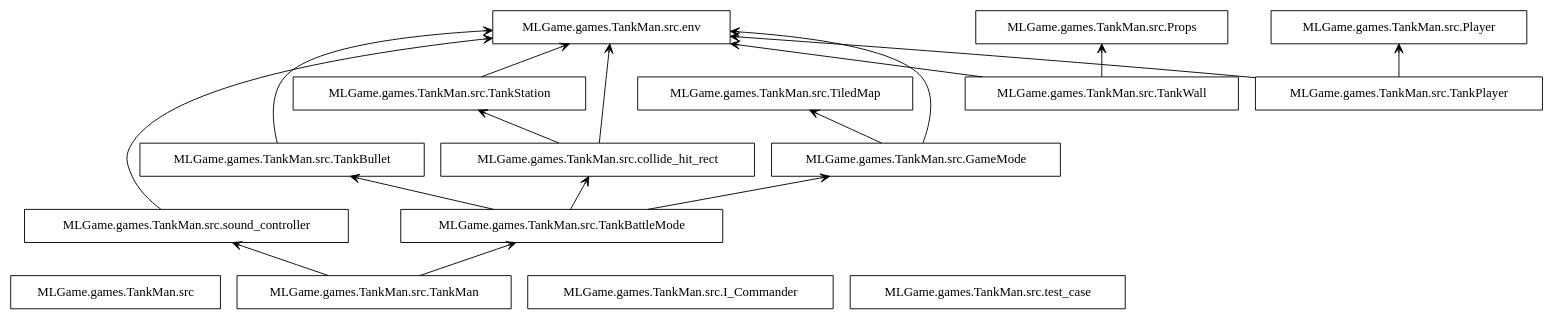
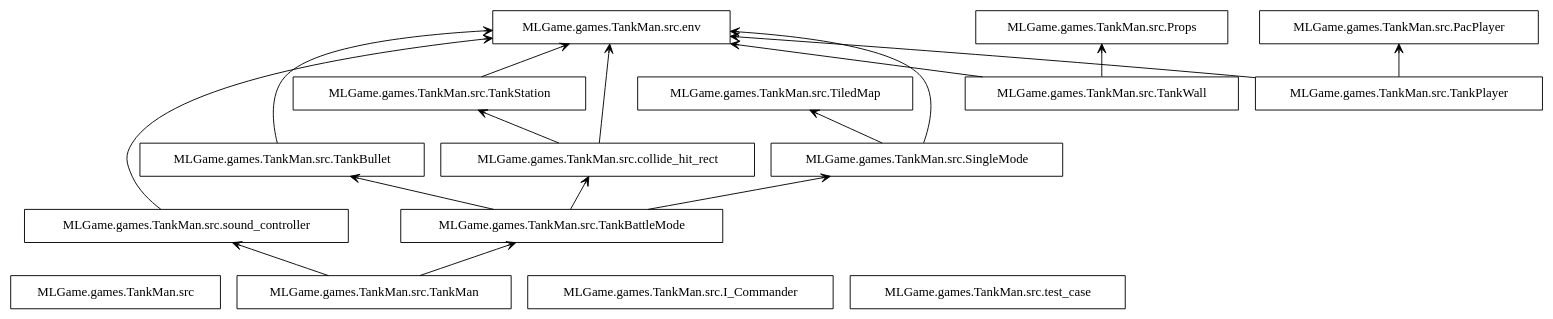
Before and after one commit to Jesse-Jumbo/TankMan: the diagram in packages.dot, drawn with Graphviz. The commit also changed 5 other files, not shown here.

```diff
--- a/packages.dot
+++ b/packages.dot
@@ -1,36 +1,36 @@
 digraph "packages" {
 rankdir=BT
 charset="utf-8"
 "MLGame.games.TankMan.src" [color="black", label="MLGame.games.TankMan.src", shape="box", style="solid"];
 "MLGame.games.TankMan.src.TankBattleMode" [color="black", label="MLGame.games.TankMan.src.TankBattleMode", shape="box", style="solid"];
 "MLGame.games.TankMan.src.TankBullet" [color="black", label="MLGame.games.TankMan.src.TankBullet", shape="box", style="solid"];
-"MLGame.games.TankMan.src.GameMode" [color="black", label="MLGame.games.TankMan.src.GameMode", shape="box", style="solid"];
+"MLGame.games.TankMan.src.SingleMode" [color="black", label="MLGame.games.TankMan.src.SingleMode", shape="box", style="solid"];
 "MLGame.games.TankMan.src.I_Commander" [color="black", label="MLGame.games.TankMan.src.I_Commander", shape="box", style="solid"];
 "MLGame.games.TankMan.src.TankWall" [color="black", label="MLGame.games.TankMan.src.TankWall", shape="box", style="solid"];
-"MLGame.games.TankMan.src.Player" [color="black", label="MLGame.games.TankMan.src.Player", shape="box", style="solid"];
+"MLGame.games.TankMan.src.PacPlayer" [color="black", label="MLGame.games.TankMan.src.PacPlayer", shape="box", style="solid"];
 "MLGame.games.TankMan.src.Props" [color="black", label="MLGame.games.TankMan.src.Props", shape="box", style="solid"];
 "MLGame.games.TankMan.src.TankStation" [color="black", label="MLGame.games.TankMan.src.TankStation", shape="box", style="solid"];
 "MLGame.games.TankMan.src.TankMan" [color="black", label="MLGame.games.TankMan.src.TankMan", shape="box", style="solid"];
 "MLGame.games.TankMan.src.TiledMap" [color="black", label="MLGame.games.TankMan.src.TiledMap", shape="box", style="solid"];
 "MLGame.games.TankMan.src.TankPlayer" [color="black", label="MLGame.games.TankMan.src.TankPlayer", shape="box", style="solid"];
 "MLGame.games.TankMan.src.collide_hit_rect" [color="black", label="MLGame.games.TankMan.src.collide_hit_rect", shape="box", style="solid"];
 "MLGame.games.TankMan.src.env" [color="black", label="MLGame.games.TankMan.src.env", shape="box", style="solid"];
 "MLGame.games.TankMan.src.sound_controller" [color="black", label="MLGame.games.TankMan.src.sound_controller", shape="box", style="solid"];
 "MLGame.games.TankMan.src.test_case" [color="black", label="MLGame.games.TankMan.src.test_case", shape="box", style="solid"];
 "MLGame.games.TankMan.src.TankBattleMode" -> "MLGame.games.TankMan.src.TankBullet" [arrowhead="open", arrowtail="none"];
-"MLGame.games.TankMan.src.TankBattleMode" -> "MLGame.games.TankMan.src.GameMode" [arrowhead="open", arrowtail="none"];
+"MLGame.games.TankMan.src.TankBattleMode" -> "MLGame.games.TankMan.src.SingleMode" [arrowhead="open", arrowtail="none"];
 "MLGame.games.TankMan.src.TankBattleMode" -> "MLGame.games.TankMan.src.collide_hit_rect" [arrowhead="open", arrowtail="none"];
 "MLGame.games.TankMan.src.TankBullet" -> "MLGame.games.TankMan.src.env" [arrowhead="open", arrowtail="none"];
-"MLGame.games.TankMan.src.GameMode" -> "MLGame.games.TankMan.src.TiledMap" [arrowhead="open", arrowtail="none"];
-"MLGame.games.TankMan.src.GameMode" -> "MLGame.games.TankMan.src.env" [arrowhead="open", arrowtail="none"];
+"MLGame.games.TankMan.src.SingleMode" -> "MLGame.games.TankMan.src.TiledMap" [arrowhead="open", arrowtail="none"];
+"MLGame.games.TankMan.src.SingleMode" -> "MLGame.games.TankMan.src.env" [arrowhead="open", arrowtail="none"];
 "MLGame.games.TankMan.src.TankWall" -> "MLGame.games.TankMan.src.Props" [arrowhead="open", arrowtail="none"];
 "MLGame.games.TankMan.src.TankWall" -> "MLGame.games.TankMan.src.env" [arrowhead="open", arrowtail="none"];
 "MLGame.games.TankMan.src.TankStation" -> "MLGame.games.TankMan.src.env" [arrowhead="open", arrowtail="none"];
 "MLGame.games.TankMan.src.TankMan" -> "MLGame.games.TankMan.src.TankBattleMode" [arrowhead="open", arrowtail="none"];
 "MLGame.games.TankMan.src.TankMan" -> "MLGame.games.TankMan.src.sound_controller" [arrowhead="open", arrowtail="none"];
-"MLGame.games.TankMan.src.TankPlayer" -> "MLGame.games.TankMan.src.Player" [arrowhead="open", arrowtail="none"];
+"MLGame.games.TankMan.src.TankPlayer" -> "MLGame.games.TankMan.src.PacPlayer" [arrowhead="open", arrowtail="none"];
 "MLGame.games.TankMan.src.TankPlayer" -> "MLGame.games.TankMan.src.env" [arrowhead="open", arrowtail="none"];
 "MLGame.games.TankMan.src.collide_hit_rect" -> "MLGame.games.TankMan.src.TankStation" [arrowhead="open", arrowtail="none"];
 "MLGame.games.TankMan.src.collide_hit_rect" -> "MLGame.games.TankMan.src.env" [arrowhead="open", arrowtail="none"];
 "MLGame.games.TankMan.src.sound_controller" -> "MLGame.games.TankMan.src.env" [arrowhead="open", arrowtail="none"];
 }
```
